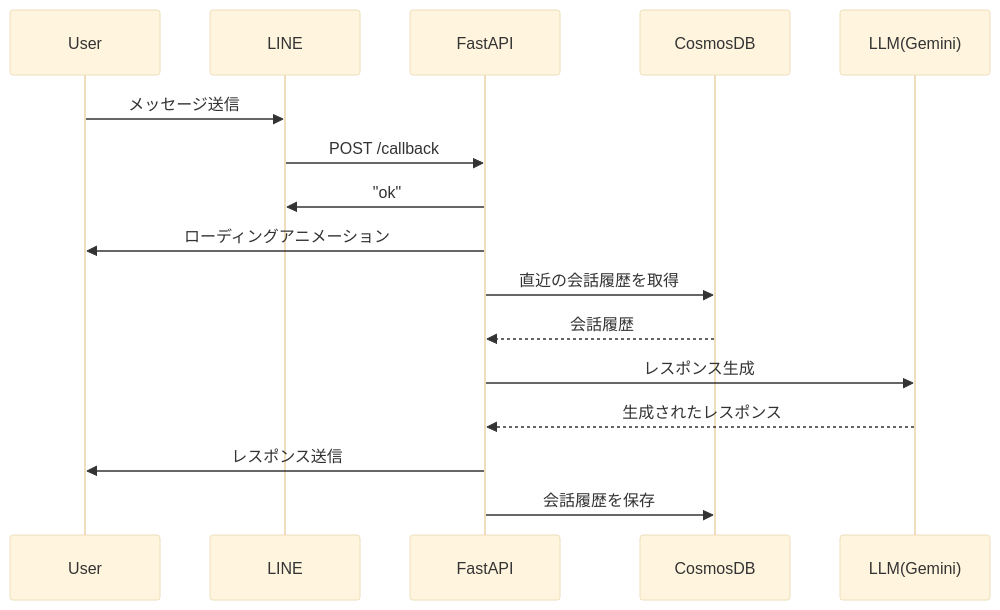
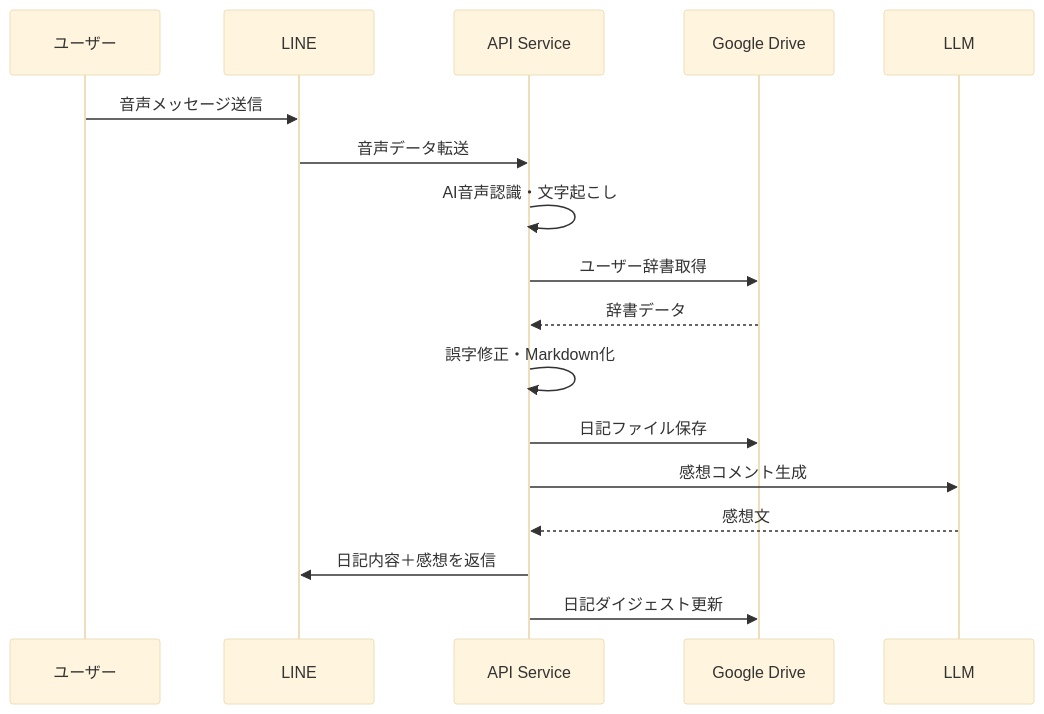
One commit to Tomodo1773/line-character-agent changed the first of 2 diagrams in README.md. Above: the diagram before and after it, drawn with Mermaid (base theme). The commit also changed other lines of this file and 1 other file, not shown here.

````diff
--- a/README.md
+++ b/README.md
@@ -37,19 +115,20 @@
 ```mermaid
 sequenceDiagram
-    participant User as User
+    participant User as ユーザー
     participant LINE as LINE
-    participant FastAPI as FastAPI
-    participant CosmosDB as CosmosDB
-    participant LLM as LLM(Gemini)
+    participant API as API Service
+    participant GoogleDrive as Google Drive
+    participant LLM as LLM
 
-    User->>LINE: メッセージ送信
-    LINE->>FastAPI: POST /callback
-    FastAPI->>LINE: "ok"
-    FastAPI->>User: ローディングアニメーション
-    FastAPI->>CosmosDB: 直近の会話履歴を取得
-    CosmosDB-->>FastAPI: 会話履歴
-    FastAPI->>LLM: レスポンス生成
-    LLM-->>FastAPI: 生成されたレスポンス
-    FastAPI->>User: レスポンス送信
-    FastAPI->>CosmosDB: 会話履歴を保存
+    User->>LINE: 音声メッセージ送信
+    LINE->>API: 音声データ転送
+    API->>API: AI音声認識・文字起こし
+    API->>GoogleDrive: ユーザー辞書取得
+    GoogleDrive-->>API: 辞書データ
+    API->>API: 誤字修正・Markdown化
+    API->>GoogleDrive: 日記ファイル保存
+    API->>LLM: 感想コメント生成
+    LLM-->>API: 感想文
+    API->>LINE: 日記内容＋感想を返信
+    API->>GoogleDrive: 日記ダイジェスト更新
 ```
````
